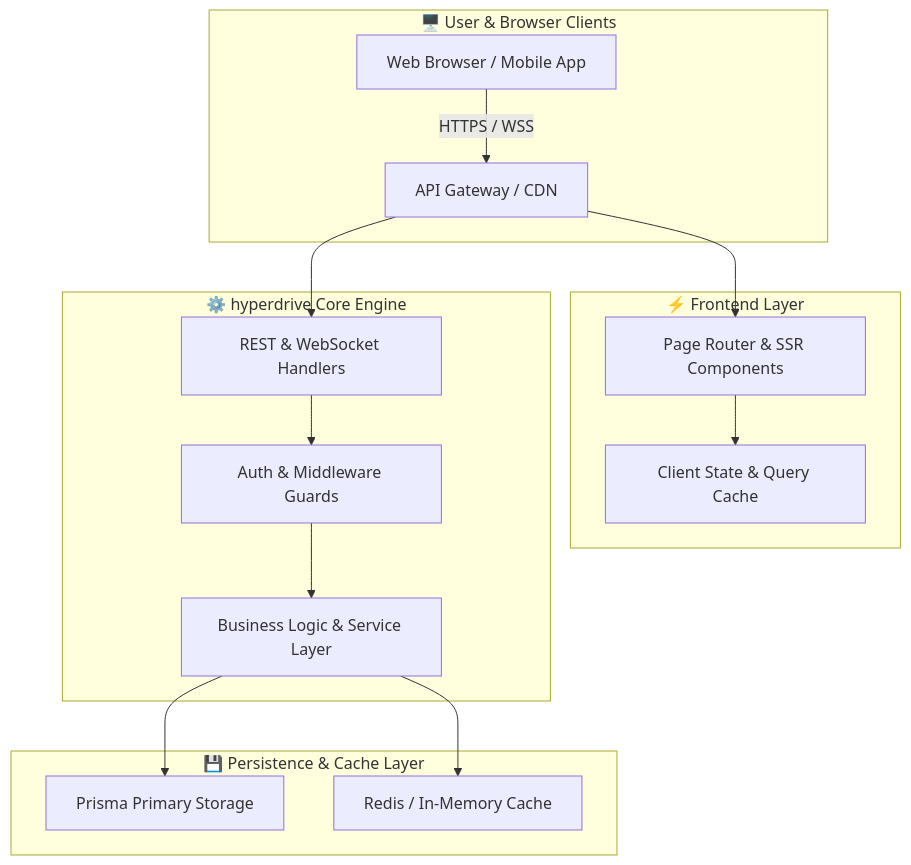
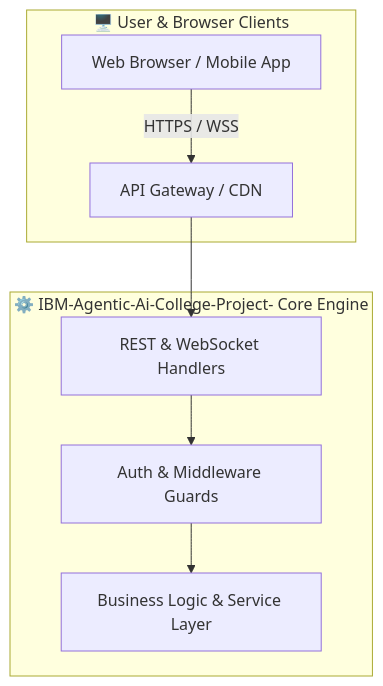
One commit to akshatharshit/IBM-Agentic-Ai-College-Project- changed the diagram in README.md. Above: the diagram before and after it, drawn with Mermaid. The commit also changed other lines of this file, not shown here.

First line of the commit message:
Revise README for IBM-Agentic-Ai-College-Project

````diff
--- a/README.md
+++ b/README.md
@@ -101,19 +69,11 @@
 ```mermaid
 graph TD
     subgraph Client["🖥️ User & Browser Clients"]
         A[Web Browser / Mobile App] -->|HTTPS / WSS| B[API Gateway / CDN]
     end
-    subgraph Frontend["⚡ Frontend Layer"]
-        B --> C[Page Router & SSR Components]
-        C --> D[Client State & Query Cache]
-    end
-    subgraph Backend["⚙️ hyperdrive Core Engine"]
+    subgraph Backend["⚙️ IBM-Agentic-Ai-College-Project- Core Engine"]
         B --> E[REST & WebSocket Handlers]
         E --> F[Auth & Middleware Guards]
         F --> G[Business Logic & Service Layer]
     end
-    subgraph Data["💾 Persistence & Cache Layer"]
-        G --> H[Prisma Primary Storage]
-        G --> I[Redis / In-Memory Cache]
-    end
 ```
````
